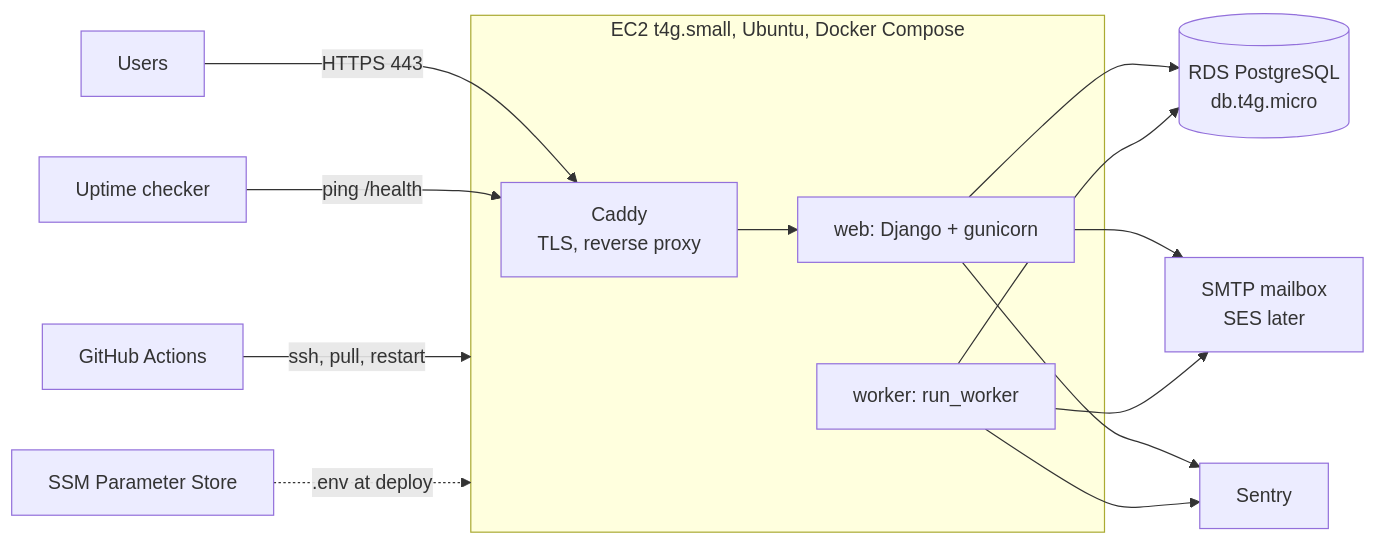
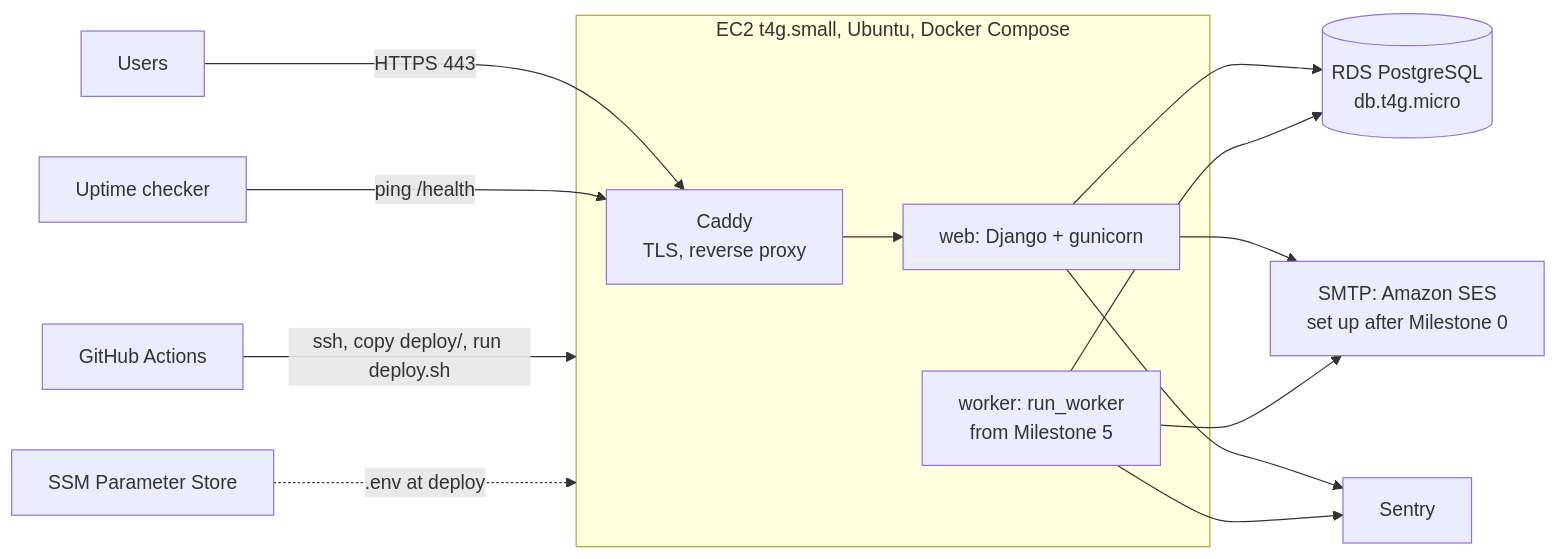
The diagram in docs/04-infrastructure.md (Sohum-Gupta/AccelerareMVP), drawn with Mermaid before and after one commit. The commit also changed other lines of this file, not shown here.

````diff
--- a/docs/04-infrastructure.md
+++ b/docs/04-infrastructure.md
@@ -16,17 +16,17 @@
 ```mermaid
 flowchart LR
     U[Users] -->|HTTPS 443| C[Caddy<br/>TLS, reverse proxy]
     subgraph EC2 [EC2 t4g.small, Ubuntu, Docker Compose]
         C --> W[web: Django + gunicorn]
-        K[worker: run_worker]
+        K[worker: run_worker<br/>from Milestone 5]
     end
     W --> R[(RDS PostgreSQL<br/>db.t4g.micro)]
     K --> R
-    W --> M[SMTP mailbox<br/>SES later]
+    W --> M[SMTP: Amazon SES<br/>set up after Milestone 0]
     K --> M
-    GH[GitHub Actions] -->|ssh, pull, restart| EC2
+    GH[GitHub Actions] -->|ssh, copy deploy/, run deploy.sh| EC2
     W --> S[Sentry]
     K --> S
     UP[Uptime checker] -->|ping /health| C
     PS[SSM Parameter Store] -.->|.env at deploy| EC2
 ```
````
